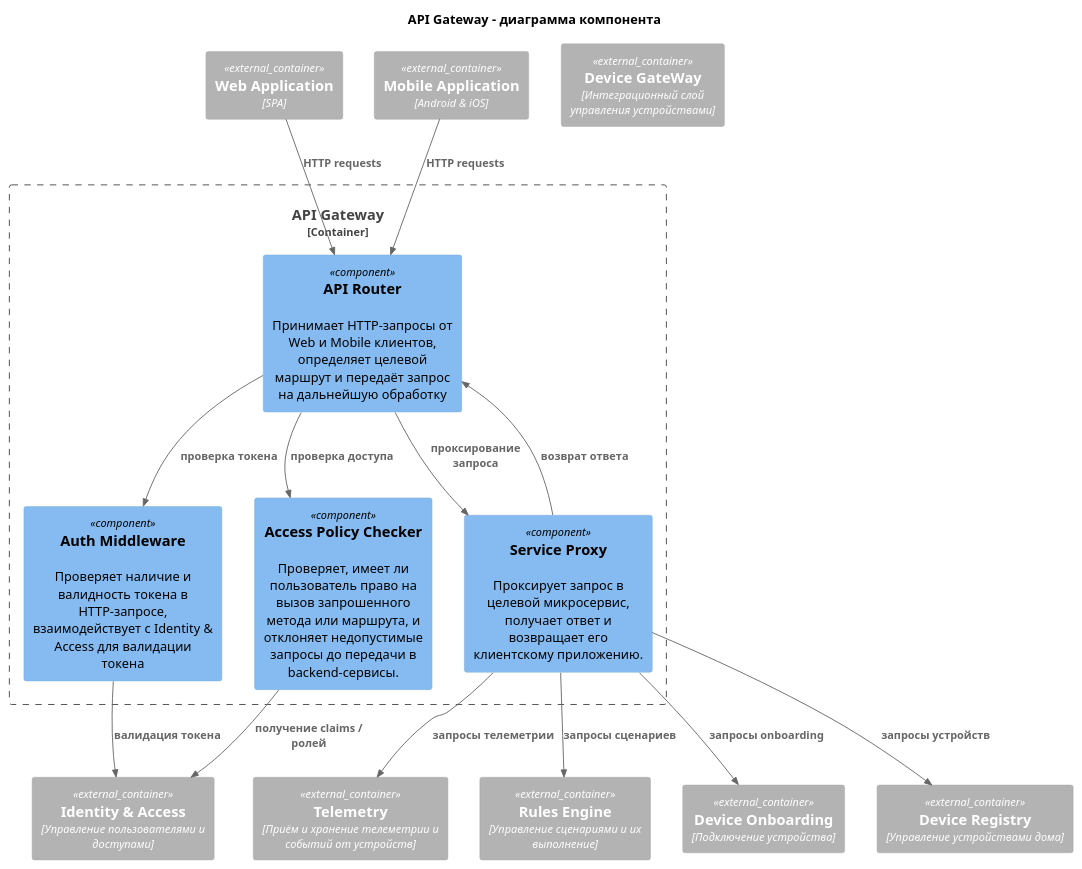
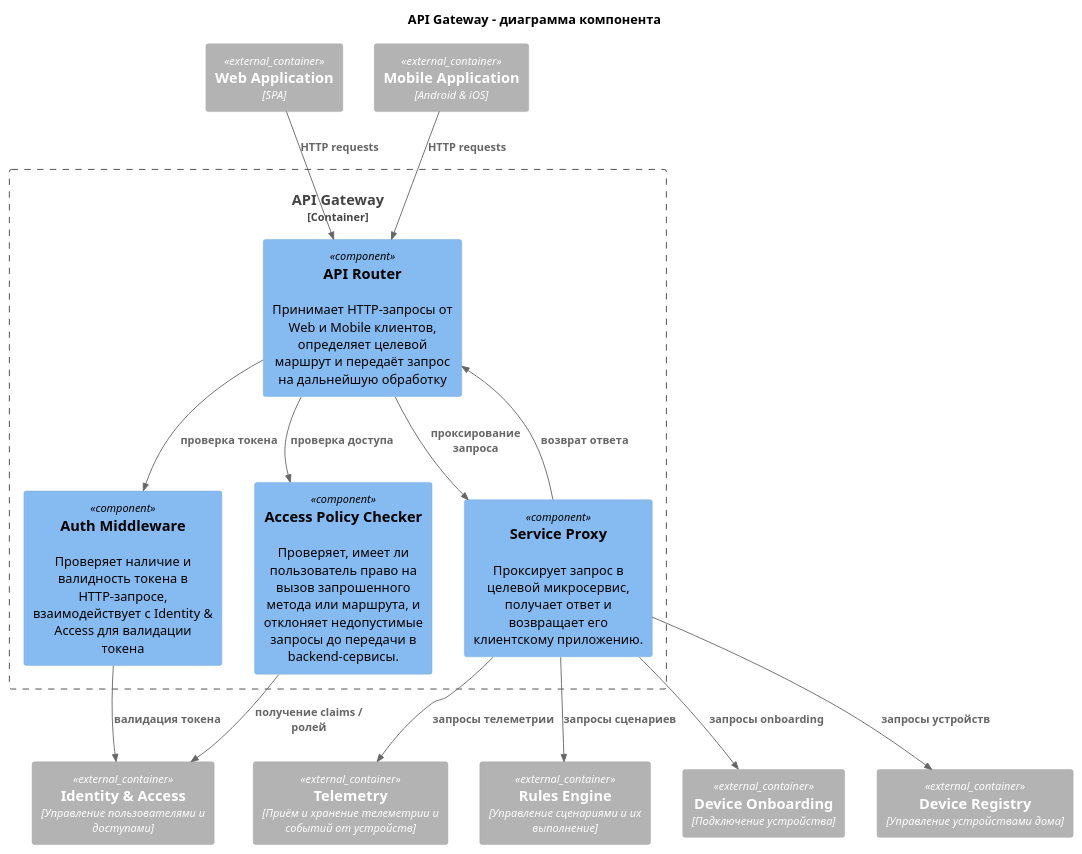
The diagram in arch/component/api_gateway_component.puml (Meeluck/architecture-warmhouse), drawn with PlantUML before and after one commit. The commit also changed 13 other files, not shown here.

Commit message:
reworked component diagrams

```diff
--- a/arch/component/api_gateway_component.puml
+++ b/arch/component/api_gateway_component.puml
@@ -1,39 +1,38 @@
  @startuml
 
 !include https://raw.githubusercontent.com/plantuml-stdlib/C4-PlantUML/master/C4_Component.puml
 
 title API Gateway - диаграмма компонента 
 
 Container_Ext(webApp,"Web Application","SPA")
 Container_Ext(mobApp,"Mobile Application",Android & iOS)
 
 Container_Boundary(gw, API Gateway){
     Component(router, "API Router", ,"Принимает HTTP-запросы от Web и Mobile клиентов, определяет целевой маршрут и передаёт запрос на дальнейшую обработку")
     Component(middleware, "Auth Middleware", ,"Проверяет наличие и валидность токена в HTTP-запросе, взаимодействует с Identity & Access для валидации токена")
     Component(policy, "Access Policy Checker", ,"Проверяет, имеет ли пользователь право на вызов запрошенного метода или маршрута, и отклоняет недопустимые запросы до передачи в backend-сервисы.")
     Component(proxy, "Service Proxy", ,"Проксирует запрос в целевой микросервис, получает ответ и возвращает его клиентскому приложению.")
 
     Rel(router,middleware,"проверка токена")
     Rel(router,policy,"проверка доступа")
     Rel(router,proxy,"проксирование запроса")
     Rel(proxy,router,"возврат ответа")
 }
 
 Rel(webApp, router, "HTTP requests")
 Rel(mobApp, router, "HTTP requests")
 
 Container_Ext(ia,Identity & Access,Управление пользователями и доступами)
 Container_Ext(tm,Telemetry,Приём и хранение телеметрии и событий от устройств)
 Container_Ext(re, Rules Engine,Управление сценариями и их выполнение)
 Container_Ext(do,Device Onboarding,Подключение устройства)
-Container_Ext(dg,Device GateWay,Интеграционный слой управления устройствами)
 Container_Ext(dr,Device Registry,Управление устройствами дома)
 
 Rel(middleware,ia,"валидация токена")
 Rel(policy,ia,"получение claims / ролей")
 Rel(proxy,do,"запросы onboarding")
 Rel(proxy,dr,"запросы устройств")
 Rel(proxy,tm,"запросы телеметрии")
 Rel(proxy,re,"запросы сценариев")
  
 @enduml
```
